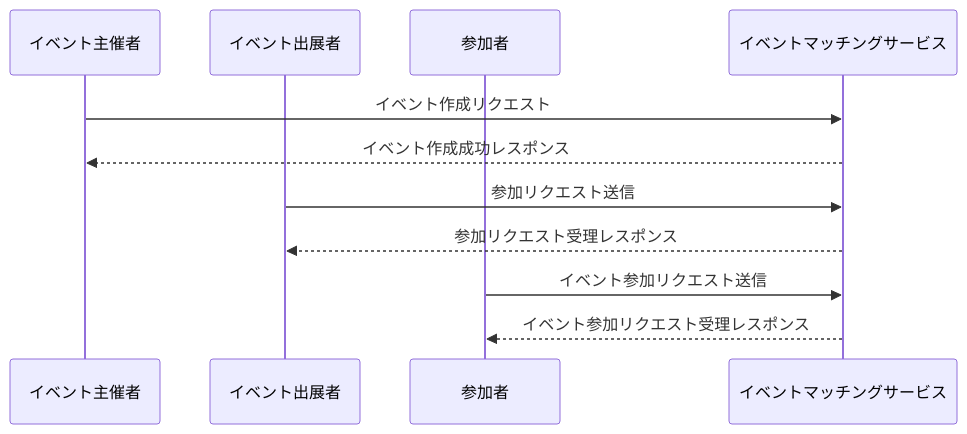
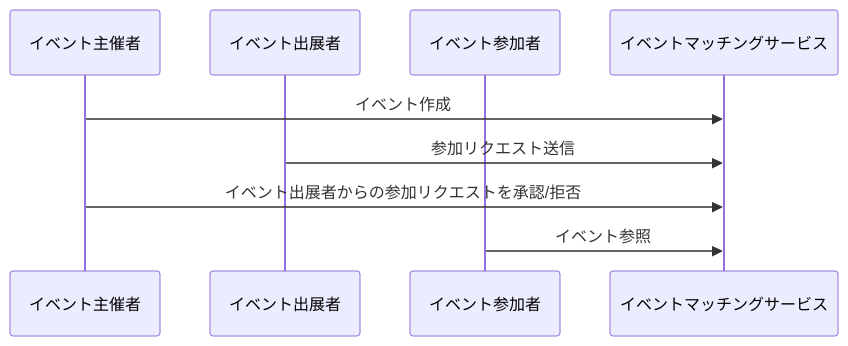
Before and after one commit to biki-cloud/ems-t3-stack: the diagram in docs/sequence-diagram.md, drawn with Mermaid.

````diff
--- a/docs/sequence-diagram.md
+++ b/docs/sequence-diagram.md
@@ -2,16 +2,16 @@
 ```mermaid
 sequenceDiagram
     participant イベント主催者
     participant イベント出展者
-    participant 参加者
+    participant イベント参加者
     participant イベントマッチングサービス
 
-    イベント主催者->>イベントマッチングサービス: イベント作成リクエスト
-    イベントマッチングサービス-->>イベント主催者: イベント作成成功レスポンス
+    イベント主催者->>イベントマッチングサービス: イベント作成
 
     イベント出展者->>イベントマッチングサービス: 参加リクエスト送信
-    イベントマッチングサービス-->>イベント出展者: 参加リクエスト受理レスポンス
 
-    参加者->>イベントマッチングサービス: イベント参加リクエスト送信
-    イベントマッチングサービス-->>参加者: イベント参加リクエスト受理レスポンス
+    イベント主催者->>イベントマッチングサービス: イベント出展者からの参加リクエストを承認/拒否
+
+    イベント参加者->>イベントマッチングサービス: イベント参照
+
 ```
````
